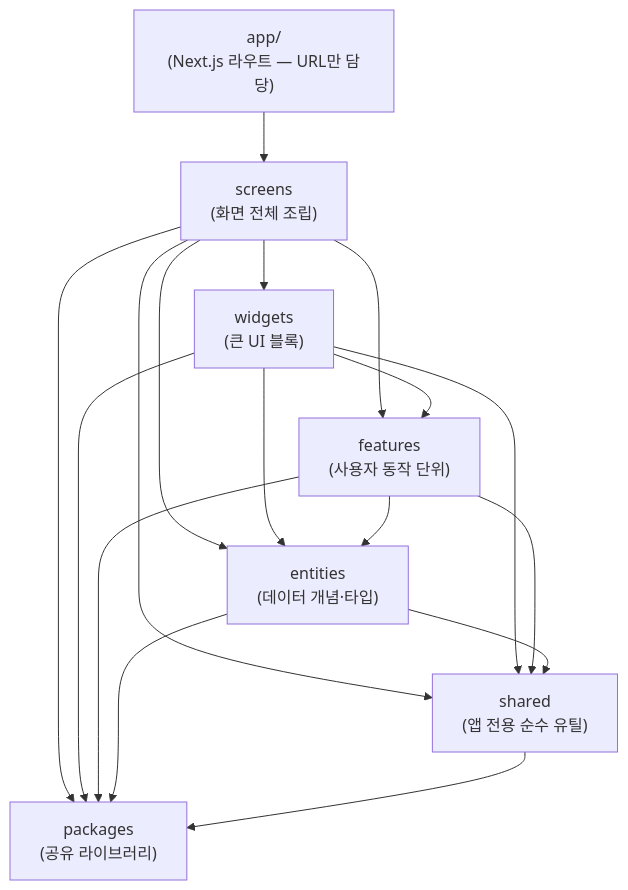
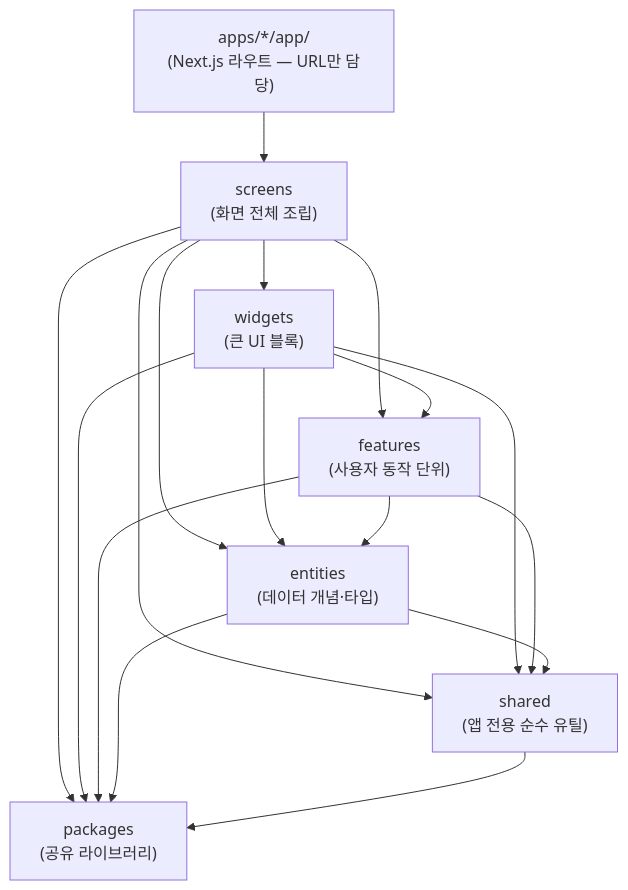
Before and after one commit to jyeon3883/sample: the first of 2 diagrams in README.md, drawn with Mermaid. The commit also changed other lines of this file and 101 other files, not shown here.

````diff
--- a/README.md
+++ b/README.md
@@ -281,27 +288,27 @@
 ```mermaid
 flowchart TD
-    nextApp["app/\n(Next.js 라우트 — URL만 담당)"]
+    nextApp["apps/*/app/\n(Next.js 라우트 — URL만 담당)"]
     screens["screens\n(화면 전체 조립)"]
     widgets["widgets\n(큰 UI 블록)"]
     features["features\n(사용자 동작 단위)"]
     entities["entities\n(데이터 개념·타입)"]
     shared["shared\n(앱 전용 순수 유틸)"]
     packages["packages\n(공유 라이브러리)"]
 
     nextApp --> screens
     screens --> widgets
     screens --> features
     screens --> entities
     screens --> shared
     screens --> packages
     widgets --> features
     widgets --> entities
     widgets --> shared
     widgets --> packages
     features --> entities
     features --> shared
     features --> packages
     entities --> shared
     entities --> packages
     shared --> packages
 ```
````
